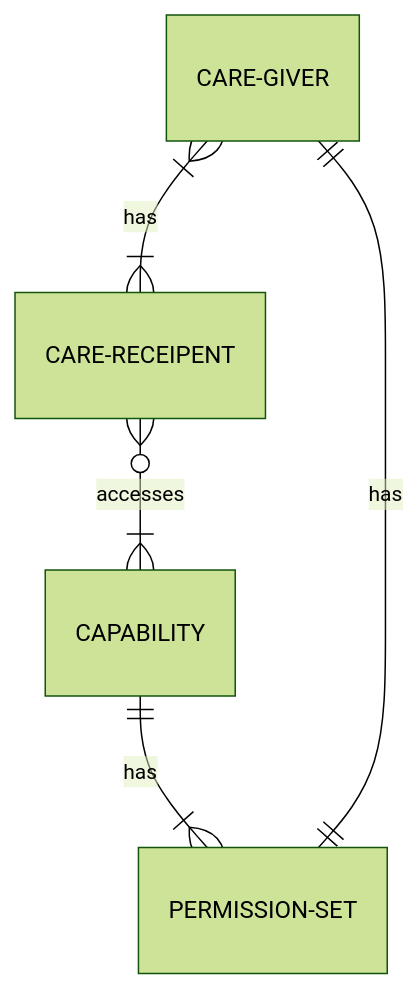
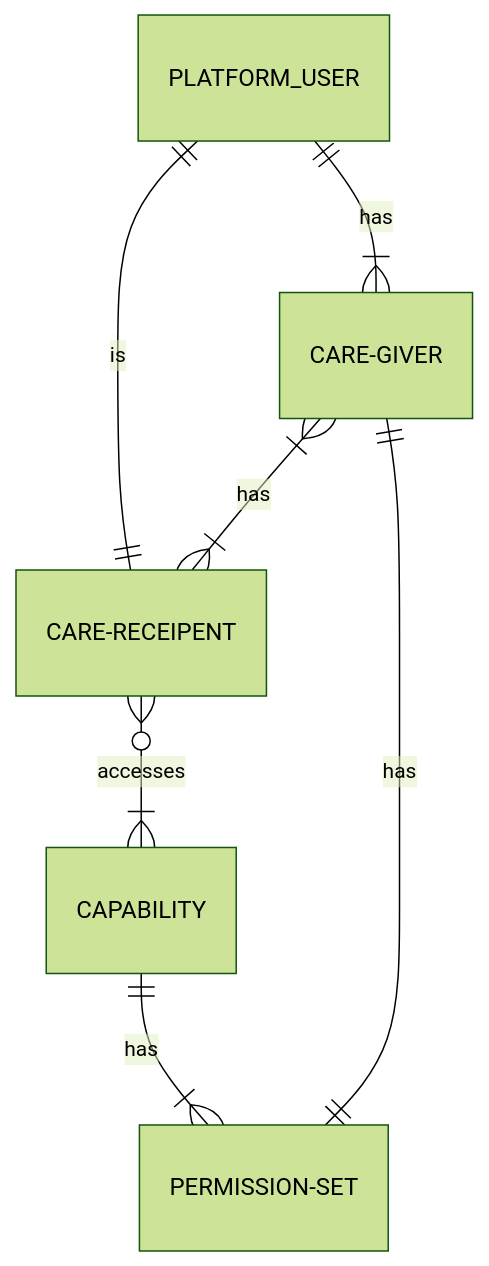
Before and after one commit to tomkaith13/mongo-cedar: the first of 2 diagrams in Readme.md, drawn with Mermaid (forest theme). The commit also changed 1 other file, not shown here.

Commit message:
added more changes to add platform uid deets

````diff
--- a/Readme.md
+++ b/Readme.md
@@ -10,7 +10,9 @@
 ```mermaid
 erDiagram
+    PLATFORM_USER ||--|{ CARE-GIVER: has
+    PLATFORM_USER ||--|| CARE-RECEIPENT: is
     CARE-GIVER }|--|{ CARE-RECEIPENT : has
     CARE-RECEIPENT }o--|{ CAPABILITY : accesses
     CAPABILITY ||--|{ PERMISSION-SET: has
     CARE-GIVER ||--|| PERMISSION-SET: has
 ```
````
